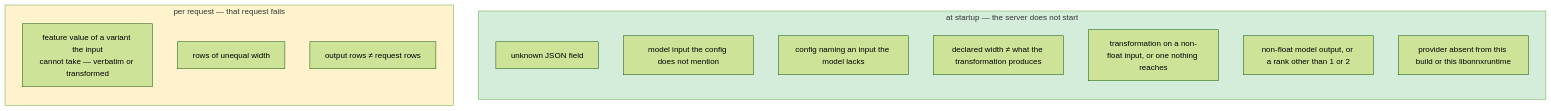
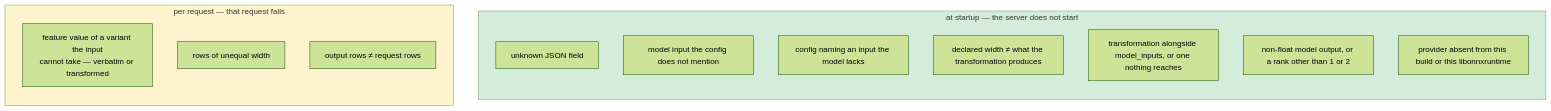
Before and after one commit to PratikBarhate/hushar: the ninth of 9 diagrams in documentation/configuration.md, drawn with Mermaid (forest theme). The commit also changed other lines of this file and 72 other files, not shown here.

````diff
--- a/documentation/configuration.md
+++ b/documentation/configuration.md
@@ -622,21 +670,21 @@
 ```mermaid
 flowchart TB
   subgraph boot["at startup — the server does not start"]
     direction TB
     b1["unknown JSON field"]
     b2["model input the config does not mention"]
     b3["config naming an input the model lacks"]
     b4["declared width ≠ what the transformation produces"]
-    b5["transformation on a non-float input, or one nothing reaches"]
+    b5["transformation alongside model_inputs, or one nothing reaches"]
     b6["non-float model output, or a rank other than 1 or 2"]
     b7["provider absent from this build or this libonnxruntime"]
   end
   subgraph req["per request — that request fails"]
     direction TB
     r1["feature value of a variant the input<br/>cannot take — verbatim or transformed"]
     r2["rows of unequal width"]
     r3["output rows ≠ request rows"]
   end
   style boot fill:#d4edda
   style req fill:#fff3cd
 ```
````
